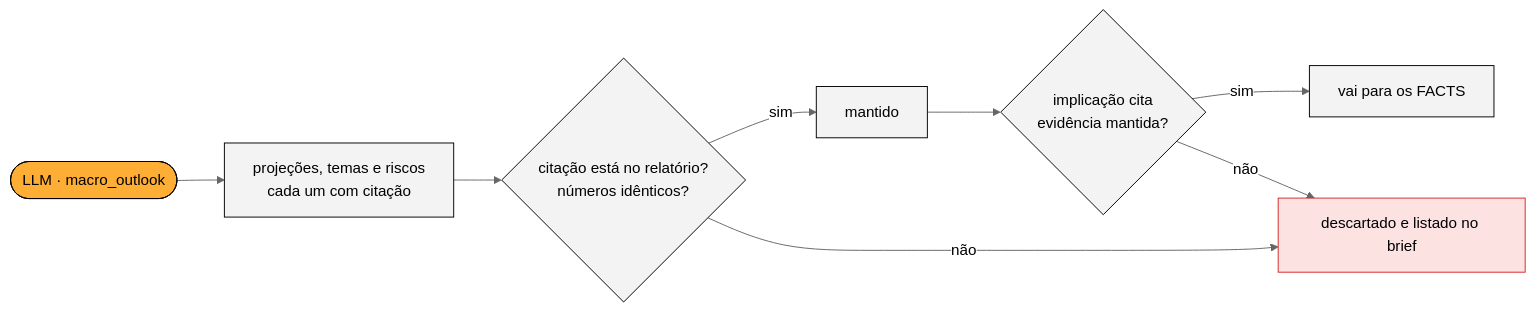
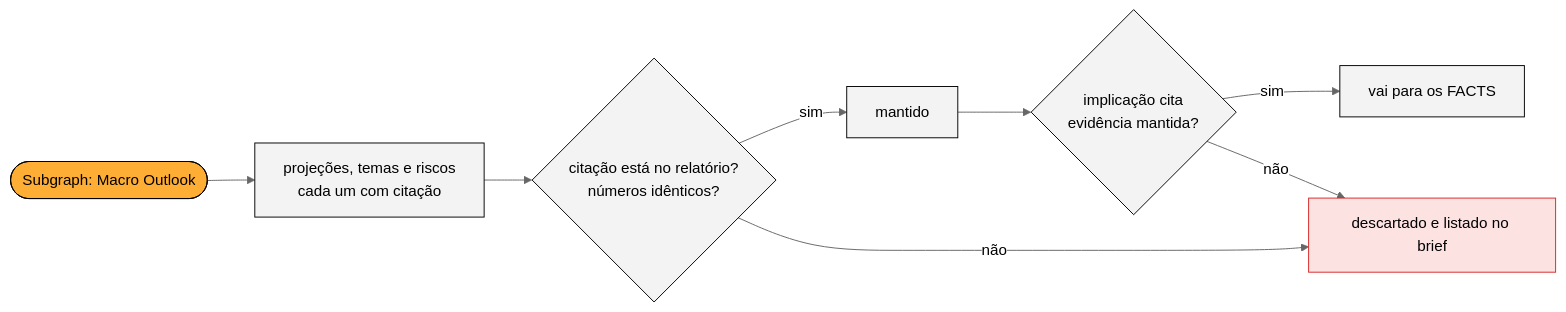
Before and after one commit to eu-adrianocarvalho/enter-challenge: the second of 3 diagrams in docs/06_qualidade_e_travas.md, drawn with Mermaid (neutral theme). The commit also changed other lines of this file and 73 other files, not shown here.

````diff
--- a/docs/06_qualidade_e_travas.md
+++ b/docs/06_qualidade_e_travas.md
@@ -51,16 +51,16 @@
 ```mermaid
 flowchart LR
-  M(["LLM · macro_outlook"]) --> I["projeções, temas e riscos<br/>cada um com citação"]
+  M(["Subgraph: Macro Outlook"]) --> I["projeções, temas e riscos<br/>cada um com citação"]
   I --> Q{"citação está no relatório?<br/>números idênticos?"}
   Q -- sim --> K["mantido"]
   Q -- não --> D["descartado e listado no brief"]
   K --> IM{"implicação cita<br/>evidência mantida?"}
   IM -- sim --> K2["vai para os FACTS"]
   IM -- não --> D
   classDef rivet fill:#ffae35,stroke:#000,color:#000
   classDef code fill:#f3f3f3,stroke:#000,color:#000
   classDef bad fill:#fde2e2,stroke:#d62828,color:#000
   class M rivet
   class I,Q,K,IM,K2 code
   class D bad
 ```
````
